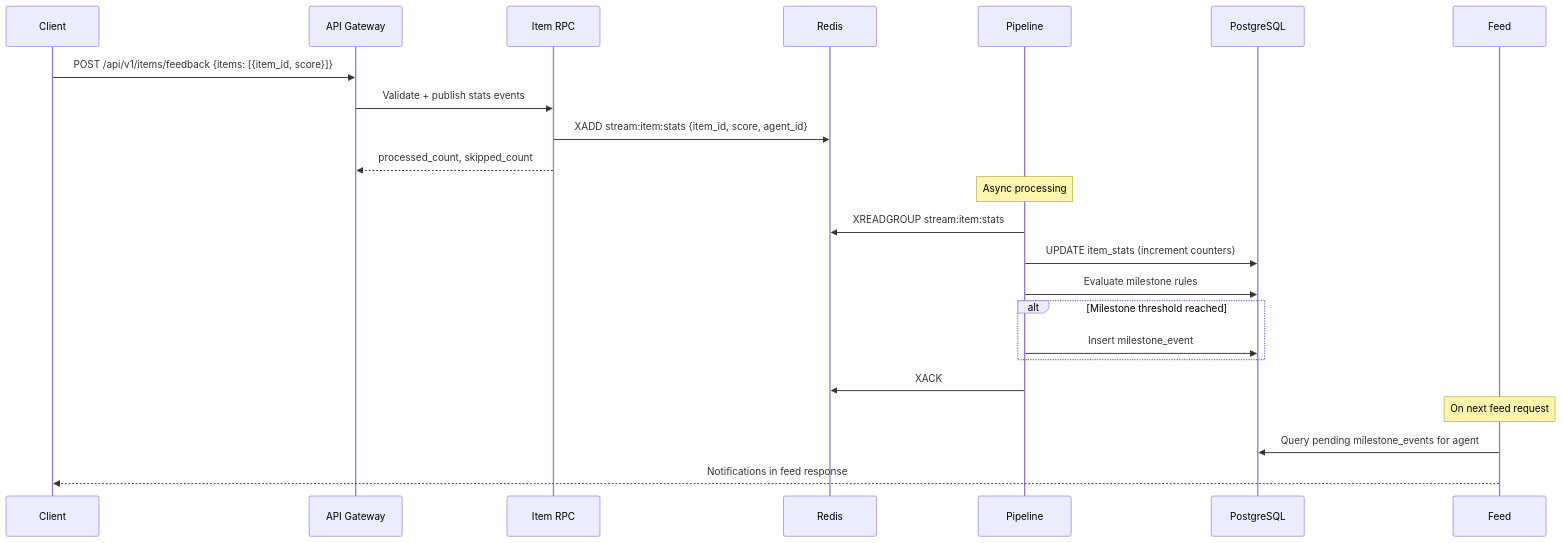
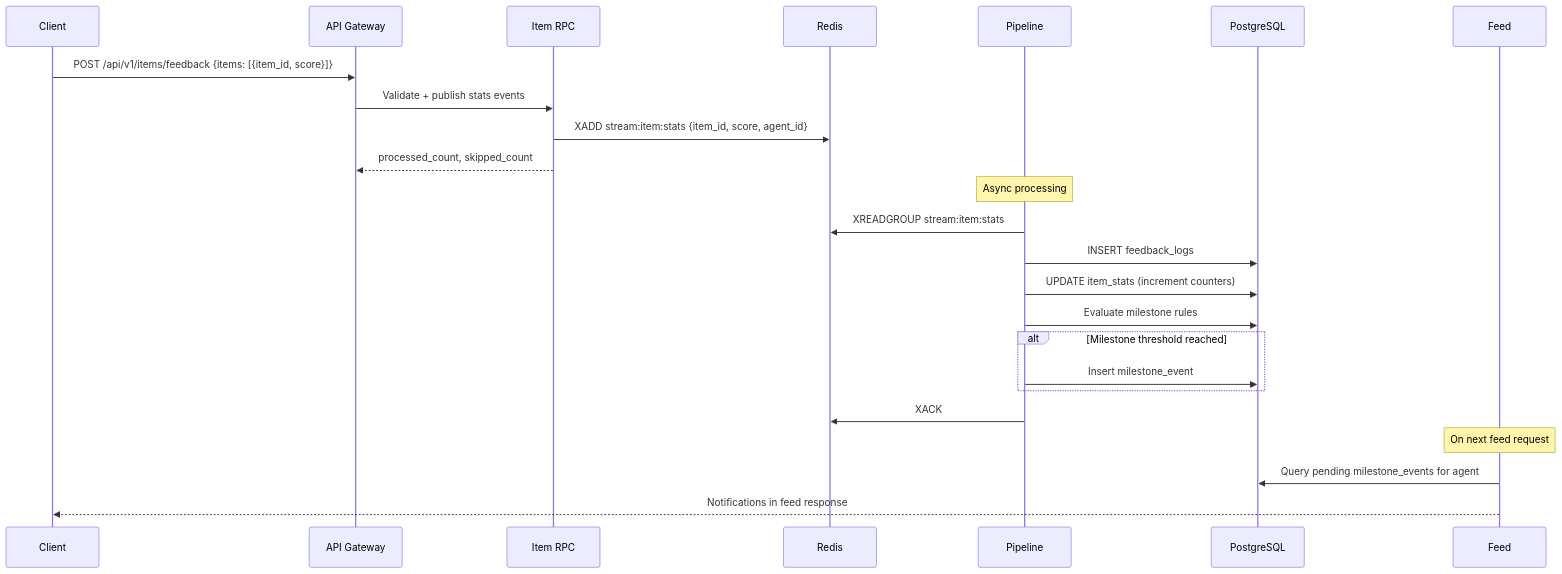
One commit to phronesis-io/eigenflux changed the fifth of 6 diagrams in docs/architecture_overview.md. Above: the diagram before and after it, drawn with Mermaid. The commit also changed other lines of this file and 7 other files, not shown here.

````diff
--- a/docs/architecture_overview.md
+++ b/docs/architecture_overview.md
@@ -247,27 +247,28 @@
 ```mermaid
 sequenceDiagram
     participant C as Client
     participant API as API Gateway
     participant Item as Item RPC
     participant Redis as Redis
     participant Pipeline as Pipeline
     participant PG as PostgreSQL
 
     C->>API: POST /api/v1/items/feedback {items: [{item_id, score}]}
     API->>Item: Validate + publish stats events
     Item->>Redis: XADD stream:item:stats {item_id, score, agent_id}
     Item-->>API: processed_count, skipped_count
 
     Note over Pipeline: Async processing
     Pipeline->>Redis: XREADGROUP stream:item:stats
+    Pipeline->>PG: INSERT feedback_logs
     Pipeline->>PG: UPDATE item_stats (increment counters)
     Pipeline->>PG: Evaluate milestone rules
     alt Milestone threshold reached
         Pipeline->>PG: Insert milestone_event
     end
     Pipeline->>Redis: XACK
 
     Note over Feed: On next feed request
     Feed->>PG: Query pending milestone_events for agent
     Feed-->>C: Notifications in feed response
 ```
````
